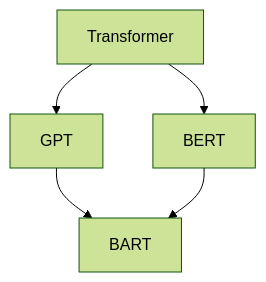
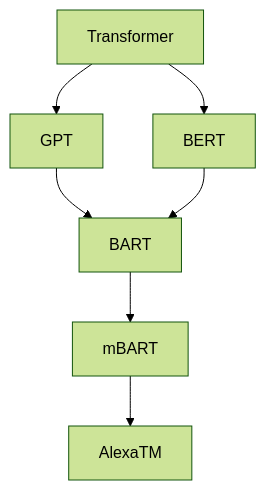
One commit to ted-sharp/chatvox changed the eighth of 21 diagrams in doc/llm.md. Above: the diagram before and after it, drawn with Mermaid (forest theme). The commit also changed other lines of this file, not shown here.

````diff
--- a/doc/llm.md
+++ b/doc/llm.md
@@ -393,6 +393,6 @@
 ```mermaid
 flowchart
 
-Transformer --> GPT --> BART
+Transformer --> GPT --> BART --> mBART --> AlexaTM
 Transformer --> BERT --> BART
 ```
````
